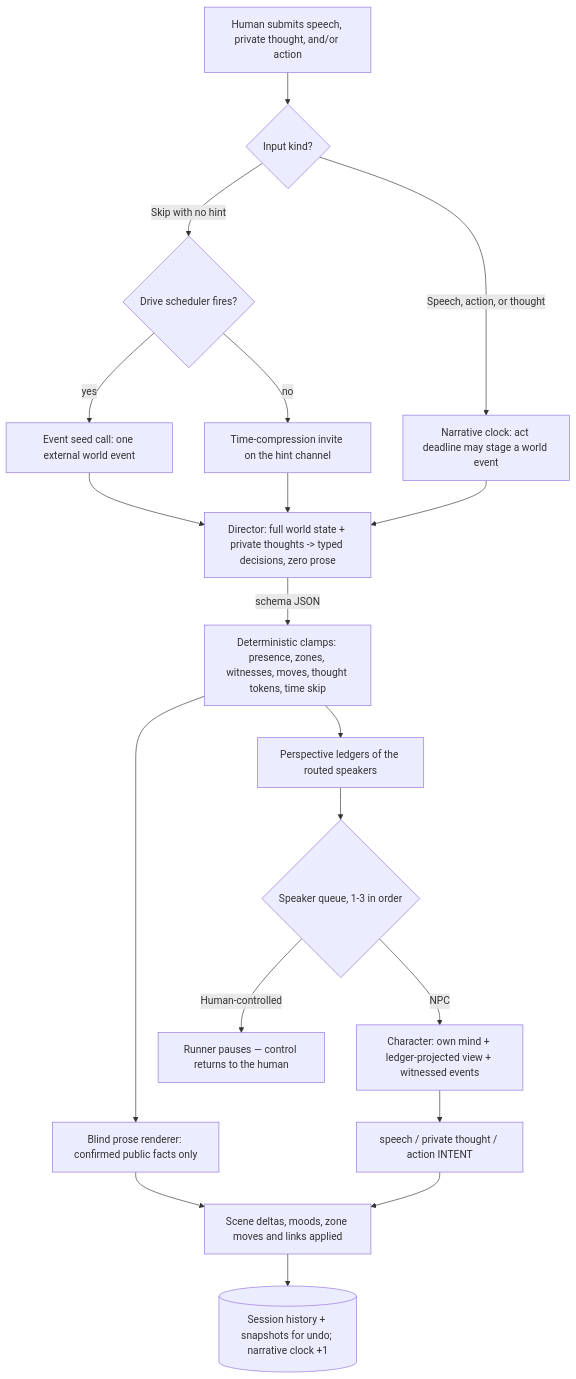
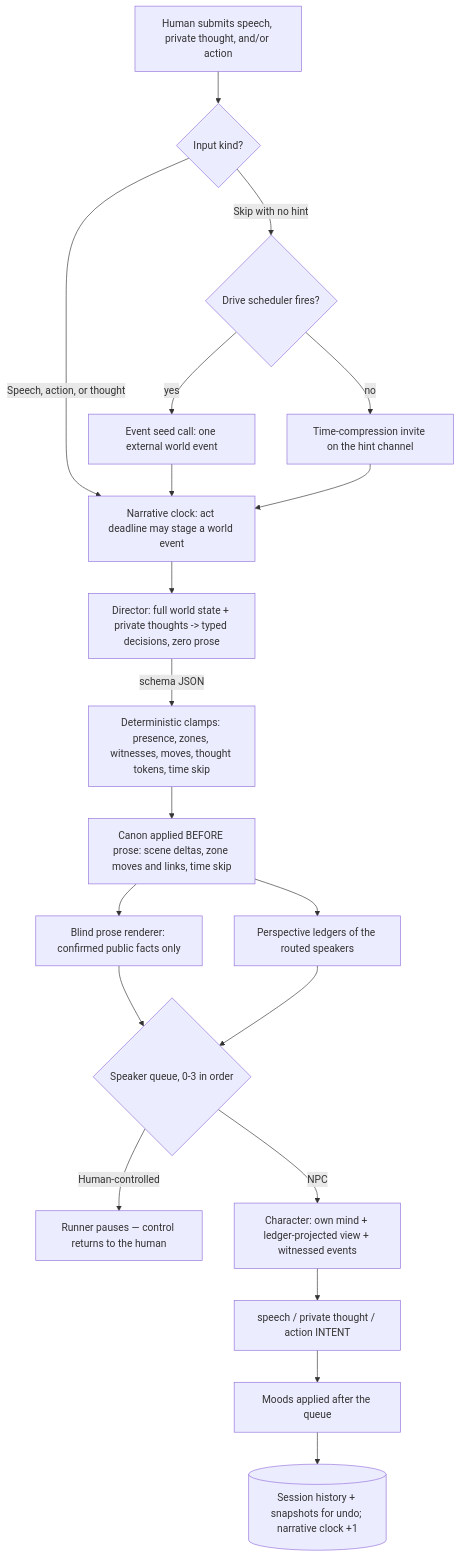
Before and after one commit to al4xdev/alex-tavern: the diagram in README.md, drawn with Mermaid. The commit also changed other lines of this file, not shown here.

First line of the commit message:
docs(readme): corrections from a blind fact-checking review

````diff
--- a/README.md
+++ b/README.md
@@ -220,21 +220,22 @@
 ```mermaid
 graph TD
     A[Human submits speech, private thought, and/or action] --> B{Input kind?}
     B -->|Skip with no hint| DS{Drive scheduler fires?}
     DS -->|yes| DE[Event seed call: one external world event]
     DS -->|no| TS[Time-compression invite on the hint channel]
-    DE --> C
-    TS --> C
-    B -->|Speech, action, or thought| CK[Narrative clock: act deadline may stage a world event]
-    CK --> C[Director: full world state + private thoughts -> typed decisions, zero prose]
+    B -->|Speech, action, or thought| CK
+    DE --> CK
+    TS --> CK
+    CK[Narrative clock: act deadline may stage a world event] --> C[Director: full world state + private thoughts -> typed decisions, zero prose]
     C -->|"schema JSON"| V[Deterministic clamps: presence, zones, witnesses, moves, thought tokens, time skip]
-    V --> R[Blind prose renderer: confirmed public facts only]
-    V --> L[Perspective ledgers of the routed speakers]
-    R --> H
-    L --> Q{Speaker queue, 1-3 in order}
+    V --> CN[Canon applied BEFORE prose: scene deltas, zone moves and links, time skip]
+    CN --> R[Blind prose renderer: confirmed public facts only]
+    CN --> L[Perspective ledgers of the routed speakers]
+    R --> Q
+    L --> Q{Speaker queue, 0-3 in order}
     Q -->|Human-controlled| E[Runner pauses — control returns to the human]
     Q -->|NPC| F[Character: own mind + ledger-projected view + witnessed events]
     F --> G[speech / private thought / action INTENT]
-    G --> H[Scene deltas, moods, zone moves and links applied]
+    G --> H[Moods applied after the queue]
     H --> I[(Session history + snapshots for undo; narrative clock +1)]
 ```
````
